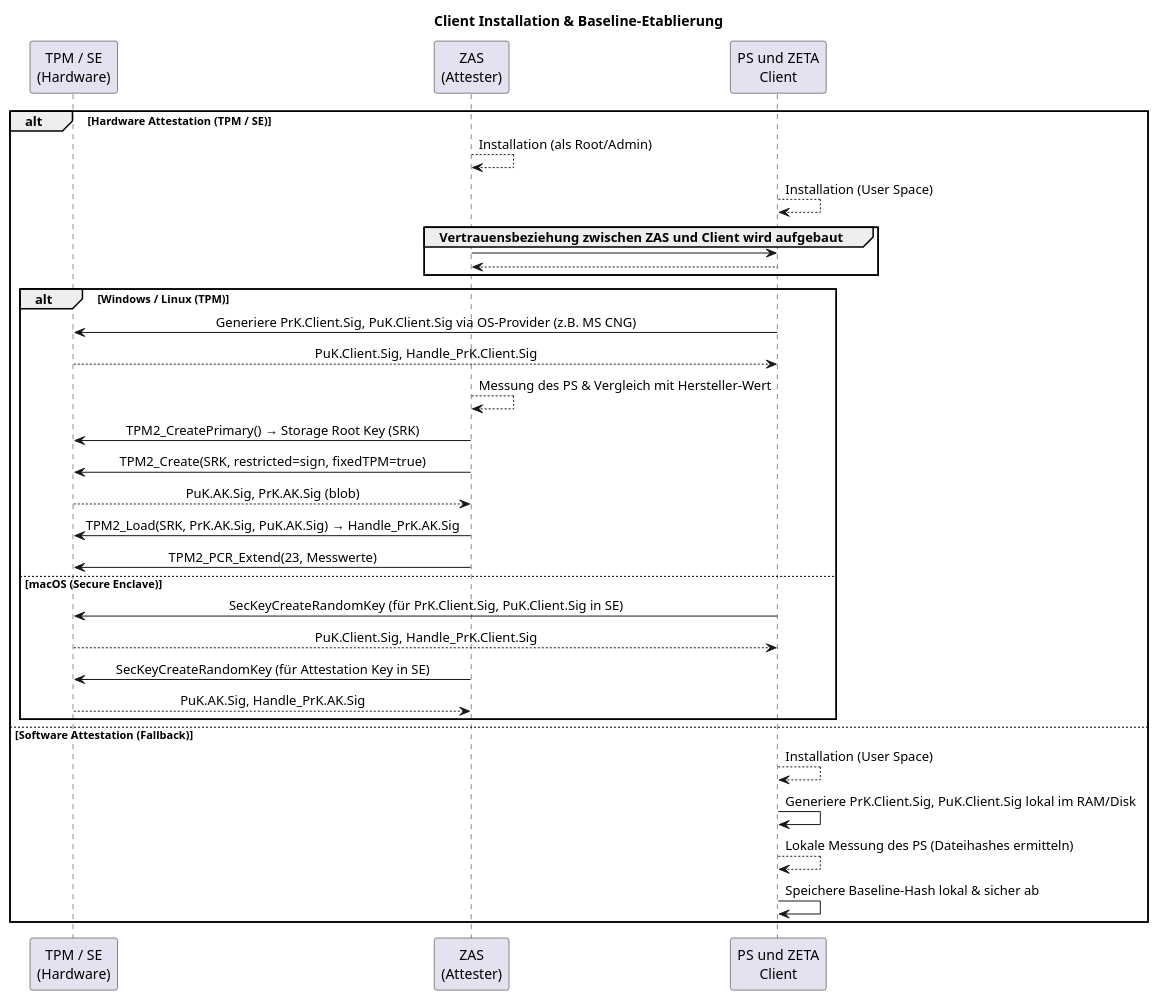
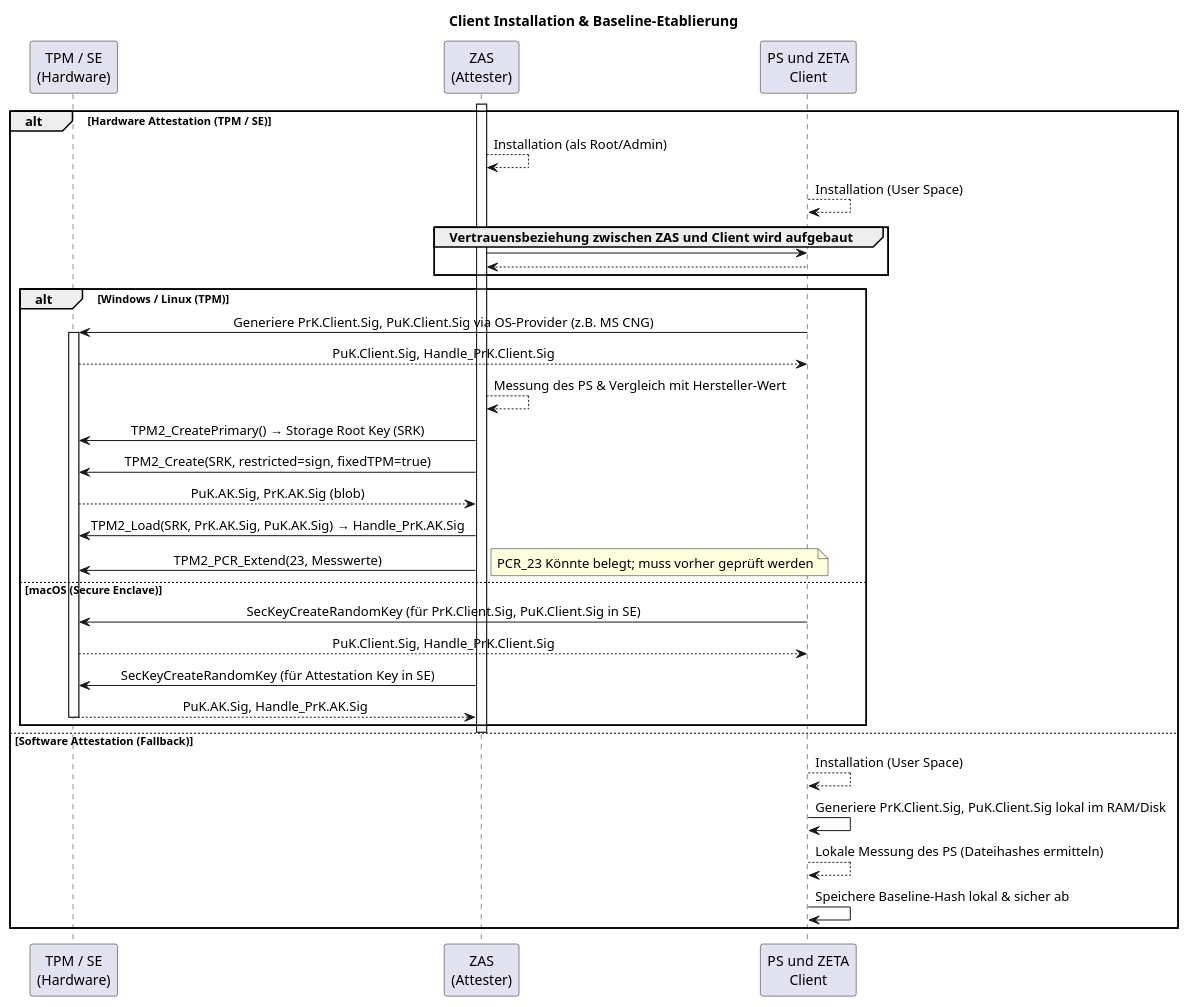
Before and after one commit to gematik/zeta: the diagram in src/plantuml/tmp/attestation-flows/client-installation.puml, drawn with PlantUML.

Commit message:
docs: update client installation PlantUML flow to reflect ZAS lifecycle and TPM integration details

```diff
--- a/src/plantuml/tmp/attestation-flows/client-installation.puml
+++ b/src/plantuml/tmp/attestation-flows/client-installation.puml
@@ -1,43 +1,46 @@
 @startuml "client-installation"
 skinparam sequenceMessageAlign center
 title Client Installation & Baseline-Etablierung
 
 participant "TPM / SE\n(Hardware)" as TPM
 participant "ZAS\n(Attester)" as ZAS
 participant "PS und ZETA\nClient" as Client
 
 alt Hardware Attestation (TPM / SE)
+    ZAS++
     ZAS --> ZAS: Installation (als Root/Admin)
     Client --> Client: Installation (User Space)
     group Vertrauensbeziehung zwischen ZAS und Client wird aufgebaut
         ZAS -> Client
         Client --> ZAS
     end
 
     alt Windows / Linux (TPM)
-        Client -> TPM: Generiere PrK.Client.Sig, PuK.Client.Sig via OS-Provider (z.B. MS CNG)
+        Client -> TPM++: Generiere PrK.Client.Sig, PuK.Client.Sig via OS-Provider (z.B. MS CNG)
         TPM --> Client: PuK.Client.Sig, Handle_PrK.Client.Sig
         
         ZAS --> ZAS: Messung des PS & Vergleich mit Hersteller-Wert
         ZAS -> TPM: TPM2_CreatePrimary() → Storage Root Key (SRK)
         ZAS -> TPM: TPM2_Create(SRK, restricted=sign, fixedTPM=true)
         TPM --> ZAS: PuK.AK.Sig, PrK.AK.Sig (blob)
         ZAS -> TPM: TPM2_Load(SRK, PrK.AK.Sig, PuK.AK.Sig) → Handle_PrK.AK.Sig
         ZAS -> TPM: TPM2_PCR_Extend(23, Messwerte)
-        
+        note right: PCR_23 Könnte belegt; muss vorher geprüft werden 
+
     else macOS (Secure Enclave)
         Client -> TPM: SecKeyCreateRandomKey (für PrK.Client.Sig, PuK.Client.Sig in SE)
         TPM --> Client: PuK.Client.Sig, Handle_PrK.Client.Sig
         
         ZAS -> TPM: SecKeyCreateRandomKey (für Attestation Key in SE)
-        TPM --> ZAS: PuK.AK.Sig, Handle_PrK.AK.Sig
+        TPM --> ZAS--: PuK.AK.Sig, Handle_PrK.AK.Sig
     end
+    ZAS--
 
 else Software Attestation (Fallback)
     Client --> Client: Installation (User Space)
     Client -> Client: Generiere PrK.Client.Sig, PuK.Client.Sig lokal im RAM/Disk
     Client --> Client: Lokale Messung des PS (Dateihashes ermitteln)
     Client -> Client: Speichere Baseline-Hash lokal & sicher ab
 end
 
 @enduml
```
